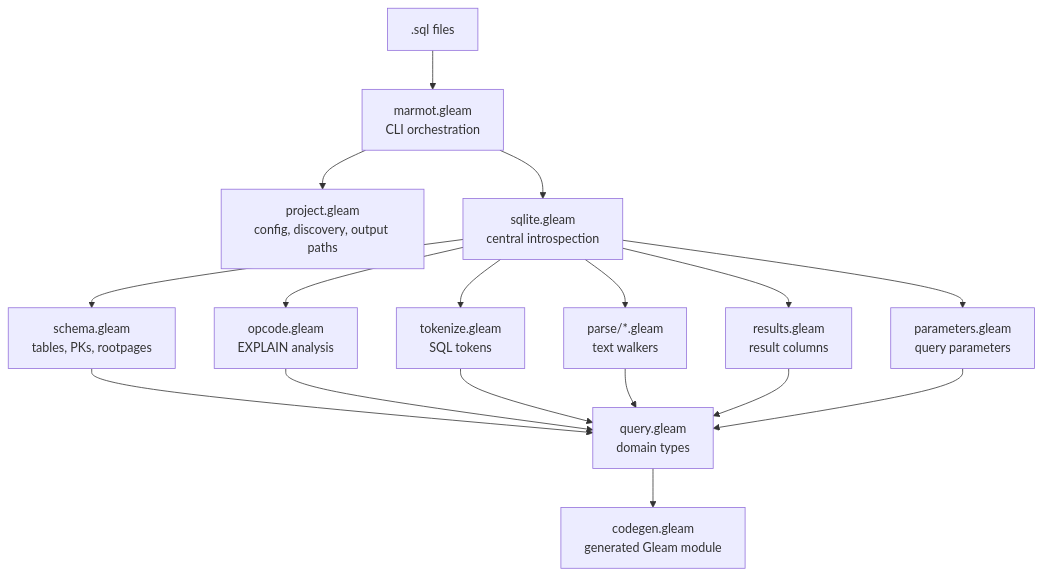
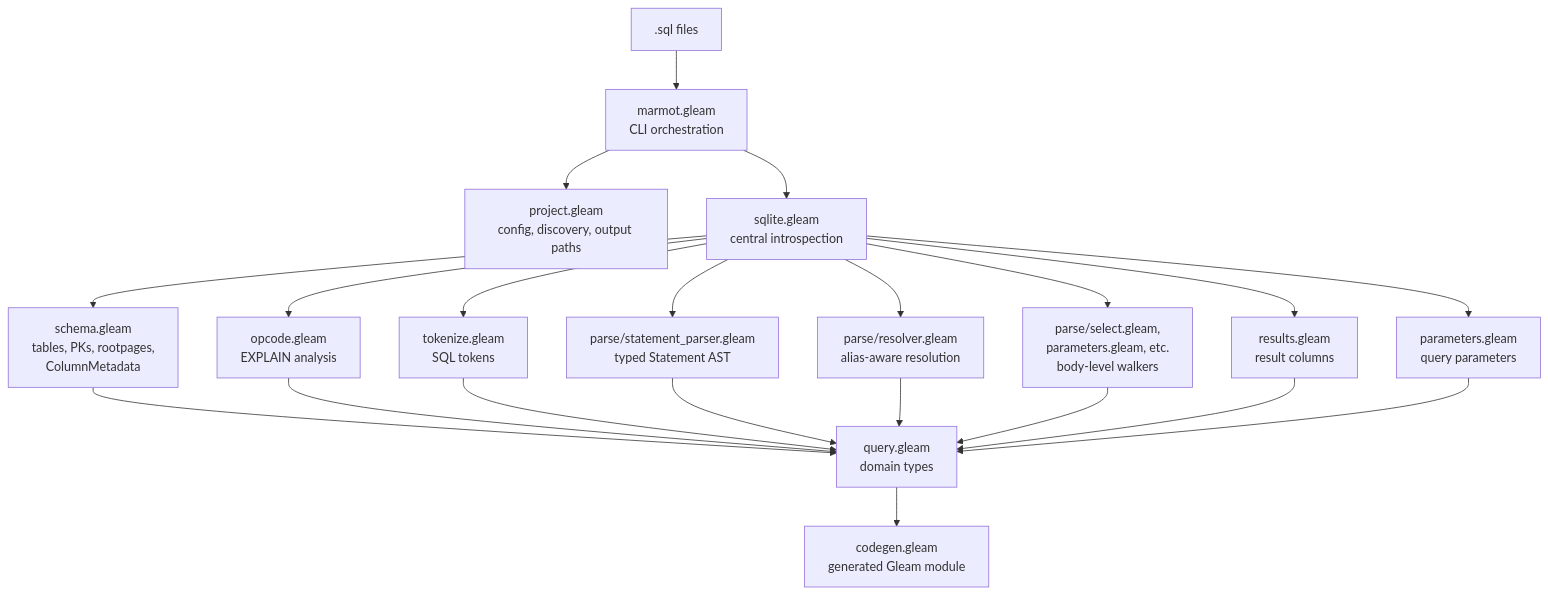
Before and after one commit to pairshaped/marmot: the first of 2 diagrams in src/marmot/internal/README.md, drawn with Mermaid. The commit also changed other lines of this file, not shown here.

First line of the commit message:
Update internal README for statement skeleton parser pipeline

````diff
--- a/src/marmot/internal/README.md
+++ b/src/marmot/internal/README.md
@@ -7,22 +7,26 @@
 ```mermaid
 flowchart TD
   Files[".sql files"] --> CLI["marmot.gleam<br/>CLI orchestration"]
   CLI --> Project["project.gleam<br/>config, discovery, output paths"]
   CLI --> SQLite["sqlite.gleam<br/>central introspection"]
 
-  SQLite --> Schema["schema.gleam<br/>tables, PKs, rootpages"]
+  SQLite --> Schema["schema.gleam<br/>tables, PKs, rootpages,<br/>ColumnMetadata"]
   SQLite --> Opcode["opcode.gleam<br/>EXPLAIN analysis"]
   SQLite --> Tokenize["tokenize.gleam<br/>SQL tokens"]
-  SQLite --> Parse["parse/*.gleam<br/>text walkers"]
+  SQLite --> StatementParser["parse/statement_parser.gleam<br/>typed Statement AST"]
+  SQLite --> Resolver["parse/resolver.gleam<br/>alias-aware resolution"]
+  SQLite --> Parse["parse/select.gleam,<br/>parameters.gleam, etc.<br/>body-level walkers"]
   SQLite --> Results["results.gleam<br/>result columns"]
   SQLite --> Params["parameters.gleam<br/>query parameters"]
 
   Schema --> Query["query.gleam<br/>domain types"]
   Opcode --> Query
   Tokenize --> Query
+  StatementParser --> Query
+  Resolver --> Query
   Parse --> Query
   Results --> Query
   Params --> Query
 
   Query --> Codegen["codegen.gleam<br/>generated Gleam module"]
 ```
````
